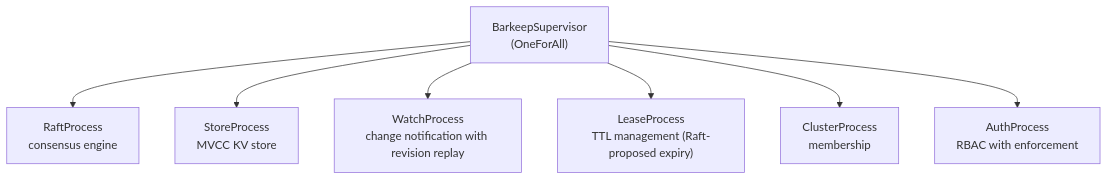
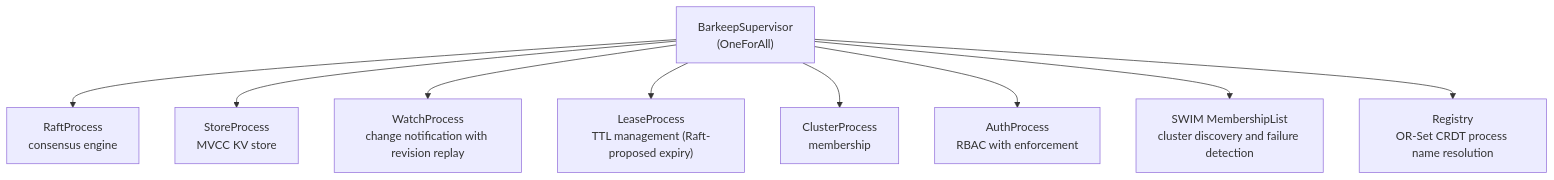
One commit to alexandernicholson/barkeeper changed the first of 2 diagrams in README.md. Above: the diagram before and after it, drawn with Mermaid. The commit also changed other lines of this file and 4 other files, not shown here.

Commit message:
docs: update all documentation for SWIM cluster integration

````diff
--- a/README.md
+++ b/README.md
@@ -101,10 +106,12 @@
 ```mermaid
 graph TD
     S["BarkeepSupervisor<br>(OneForAll)"]
     S --> R["RaftProcess<br>consensus engine"]
     S --> St["StoreProcess<br>MVCC KV store"]
     S --> W["WatchProcess<br>change notification with revision replay"]
     S --> L["LeaseProcess<br>TTL management (Raft-proposed expiry)"]
     S --> C["ClusterProcess<br>membership"]
     S --> A["AuthProcess<br>RBAC with enforcement"]
+    S --> SWIM["SWIM MembershipList<br>cluster discovery and failure detection"]
+    S --> Reg["Registry<br>OR-Set CRDT process name resolution"]
 ```
````
